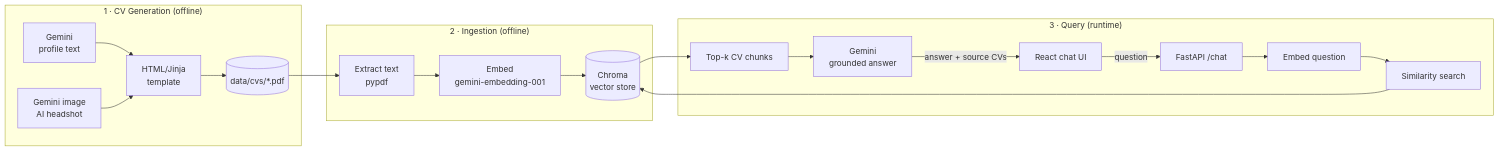
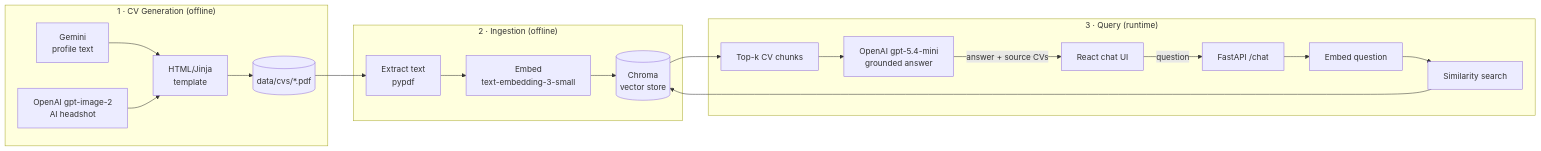
One commit to wmamedio/ai-cv-screener changed the diagram in README.md. Above: the diagram before and after it, drawn with Mermaid. The commit also changed other lines of this file and 6 other files, not shown here.

First line of the commit message:
Switch RAG to OpenAI and make gpt-image-2 the default photo generator

````diff
--- a/README.md
+++ b/README.md
@@ -16,19 +16,19 @@
 ```mermaid
 flowchart LR
     subgraph gen["1 · CV Generation (offline)"]
         G1[Gemini<br/>profile text] --> G3[HTML/Jinja<br/>template]
-        G2[Gemini image<br/>AI headshot] --> G3
+        G2[OpenAI gpt-image-2<br/>AI headshot] --> G3
         G3 --> PDF[(data/cvs/*.pdf)]
     end
 
     subgraph ingest["2 · Ingestion (offline)"]
-        PDF --> EX[Extract text<br/>pypdf] --> EM[Embed<br/>gemini-embedding-001] --> VDB[(Chroma<br/>vector store)]
+        PDF --> EX[Extract text<br/>pypdf] --> EM[Embed<br/>text-embedding-3-small] --> VDB[(Chroma<br/>vector store)]
     end
 
     subgraph serve["3 · Query (runtime)"]
         UI[React chat UI] -->|question| API[FastAPI /chat]
         API --> QE[Embed question] --> RET[Similarity search] --> VDB
-        VDB --> CTX[Top-k CV chunks] --> LLM[Gemini<br/>grounded answer]
+        VDB --> CTX[Top-k CV chunks] --> LLM[OpenAI gpt-5.4-mini<br/>grounded answer]
         LLM -->|answer + source CVs| UI
     end
 ```
````
